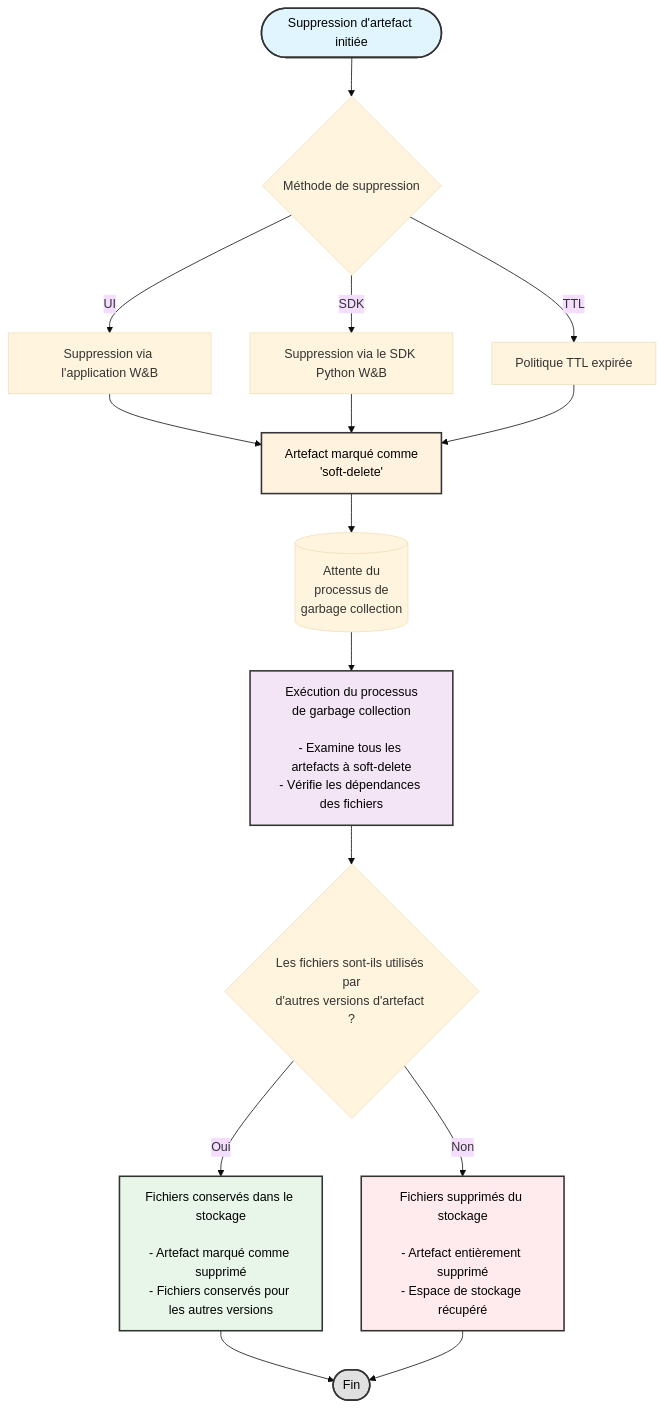
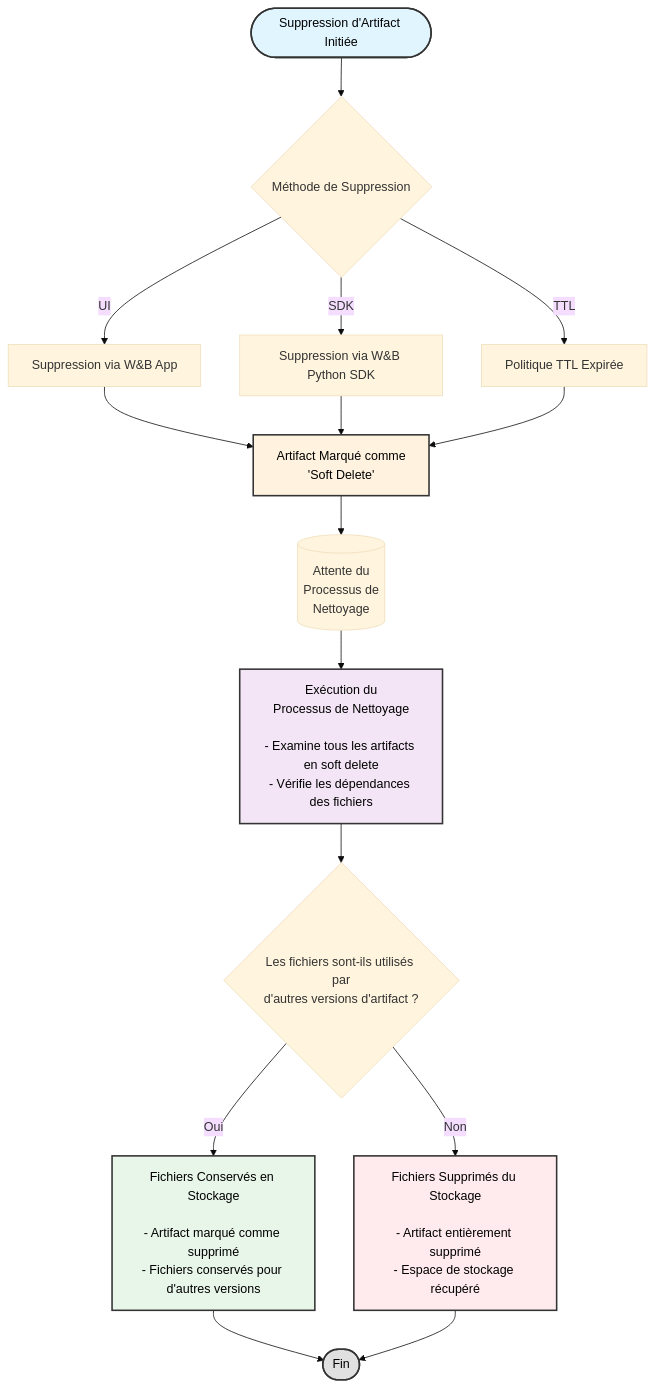
Before and after one commit to wandb/docs: the diagram in fr/models/artifacts/delete-artifacts.mdx, drawn with Mermaid (base theme). The commit also changed other lines of this file and 2852 other files, not shown here.

````diff
--- a/fr/models/artifacts/delete-artifacts.mdx
+++ b/fr/models/artifacts/delete-artifacts.mdx
@@ -17,31 +17,31 @@
 ```mermaid
 graph TB
-    Start([Suppression d'artefact initiée]) --> DeleteMethod{Méthode de suppression}
+    Start([Suppression d'Artifact Initiée]) --> DeleteMethod{Méthode de Suppression}
     
-    DeleteMethod -->|UI| UIDelete[Suppression via l'application W&B]
-    DeleteMethod -->|SDK| SDKDelete[Suppression via le SDK Python W&B]
-    DeleteMethod -->|TTL| TTLDelete[Politique TTL expirée]
+    DeleteMethod -->|UI| UIDelete[Suppression via W&B App]
+    DeleteMethod -->|SDK| SDKDelete[Suppression via W&B Python SDK]
+    DeleteMethod -->|TTL| TTLDelete[Politique TTL Expirée]
     
-    UIDelete --> SoftDelete[Artefact marqué comme<br/>'soft-delete']
+    UIDelete --> SoftDelete[Artifact Marqué comme<br/>'Soft Delete']
     SDKDelete --> SoftDelete
     TTLDelete --> SoftDelete
     
-    SoftDelete --> GCWait[(Attente du<br/>processus de<br/>garbage collection)]
+    SoftDelete --> GCWait[(Attente du<br/>Processus de<br/>Nettoyage)]
     
-    GCWait --> GCRun[Exécution du processus<br/>de garbage collection<br/><br/>- Examine tous les artefacts à soft-delete<br/>- Vérifie les dépendances des fichiers]
+    GCWait --> GCRun[Exécution du<br/>Processus de Nettoyage<br/><br/>- Examine tous les artifacts en soft delete<br/>- Vérifie les dépendances des fichiers]
     
-    GCRun --> CheckUsage{Les fichiers sont-ils utilisés par<br/>d'autres versions d'artefact ?}
+    GCRun --> CheckUsage{Les fichiers sont-ils utilisés par<br/>d'autres versions d'artifact ?}
     
-    CheckUsage -->|Oui| KeepFiles[Fichiers conservés dans le stockage<br/><br/>- Artefact marqué comme supprimé<br/>- Fichiers conservés pour les autres versions]
-    CheckUsage -->|Non| DeleteFiles[Fichiers supprimés du stockage<br/><br/>- Artefact entièrement supprimé<br/>- Espace de stockage récupéré]
+    CheckUsage -->|Oui| KeepFiles[Fichiers Conservés en Stockage<br/><br/>- Artifact marqué comme supprimé<br/>- Fichiers conservés pour d'autres versions]
+    CheckUsage -->|Non| DeleteFiles[Fichiers Supprimés du Stockage<br/><br/>- Artifact entièrement supprimé<br/>- Espace de stockage récupéré]
     
     KeepFiles --> End([Fin])
     DeleteFiles --> End
     
     style Start fill:#e1f5fe,stroke:#333,stroke-width:2px,color:#000
     style SoftDelete fill:#fff3e0,stroke:#333,stroke-width:2px,color:#000
     style GCRun fill:#f3e5f5,stroke:#333,stroke-width:2px,color:#000
     style KeepFiles fill:#e8f5e9,stroke:#333,stroke-width:2px,color:#000
     style DeleteFiles fill:#ffebee,stroke:#333,stroke-width:2px,color:#000
     style End fill:#e0e0e0,stroke:#333,stroke-width:2px,color:#000
 ```
````
